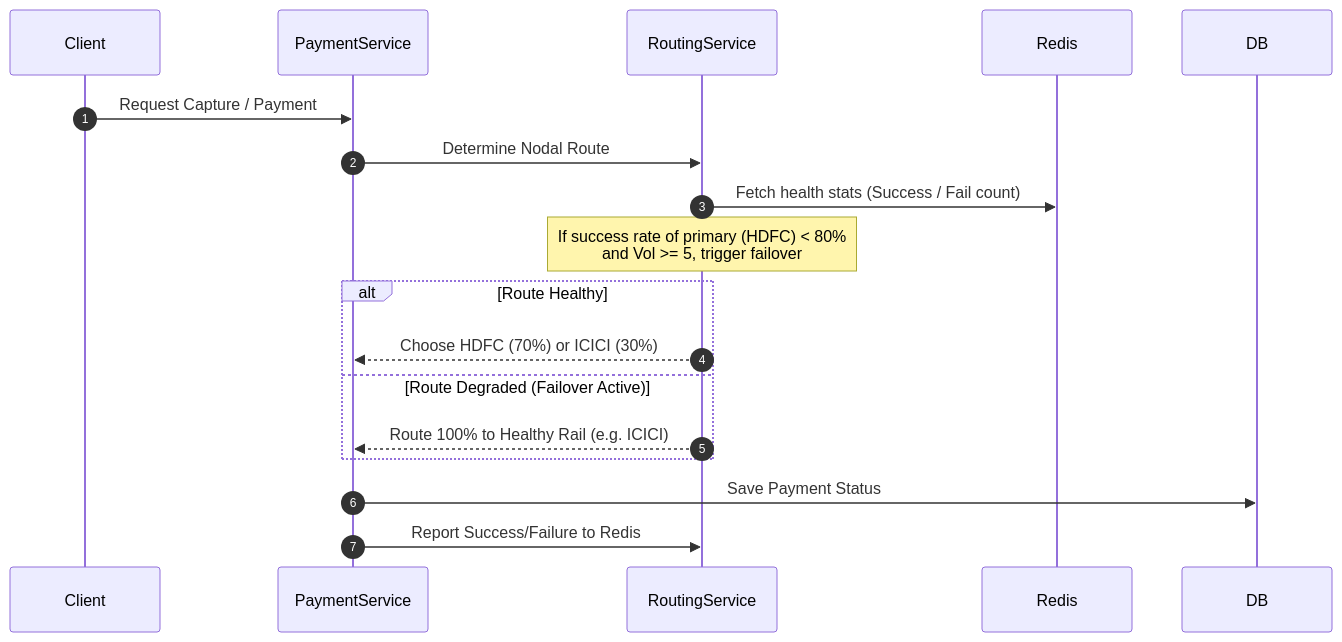
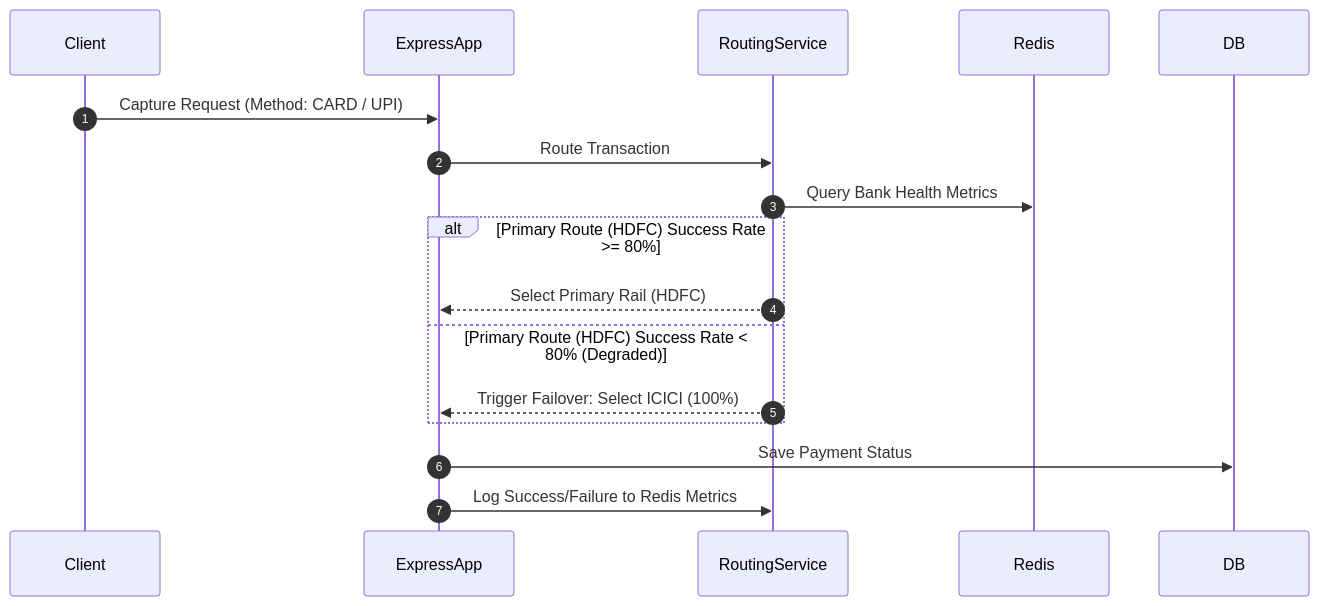
The second of 3 diagrams in architecture.md (Prudhvi-2412/PayNexus), drawn with Mermaid before and after one commit. The commit also changed other lines of this file and 2 other files, not shown here.

````diff
--- a/architecture.md
+++ b/architecture.md
@@ -59,15 +65,16 @@
 ```mermaid
 sequenceDiagram
     autonumber
-    Client->>PaymentService: Request Capture / Payment
-    PaymentService->>RoutingService: Determine Nodal Route
-    RoutingService->>Redis: Fetch health stats (Success / Fail count)
-    Note over RoutingService: If success rate of primary (HDFC) < 80%<br/>and Vol >= 5, trigger failover
-    alt Route Healthy
-        RoutingService-->>PaymentService: Choose HDFC (70%) or ICICI (30%)
-    else Route Degraded (Failover Active)
-        RoutingService-->>PaymentService: Route 100% to Healthy Rail (e.g. ICICI)
+    Client->>ExpressApp: Capture Request (Method: CARD / UPI)
+    ExpressApp->>RoutingService: Route Transaction
+    RoutingService->>Redis: Query Bank Health Metrics
+    
+    alt Primary Route (HDFC) Success Rate >= 80%
+        RoutingService-->>ExpressApp: Select Primary Rail (HDFC)
+    else Primary Route (HDFC) Success Rate < 80% (Degraded)
+        RoutingService-->>ExpressApp: Trigger Failover: Select ICICI (100%)
     end
-    PaymentService->>DB: Save Payment Status
-    PaymentService->>RoutingService: Report Success/Failure to Redis
+    
+    ExpressApp->>DB: Save Payment Status
+    ExpressApp->>RoutingService: Log Success/Failure to Redis Metrics
 ```
````
